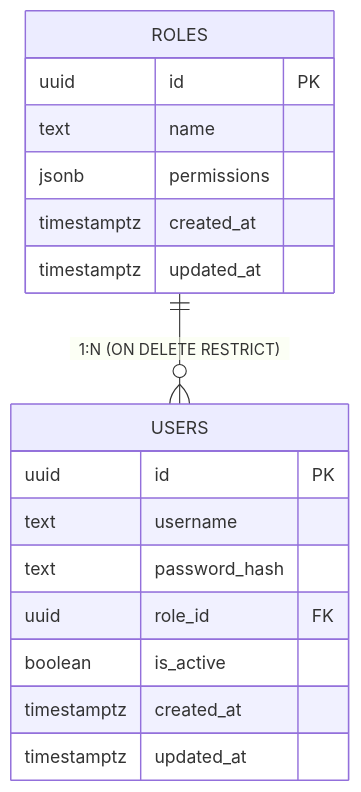
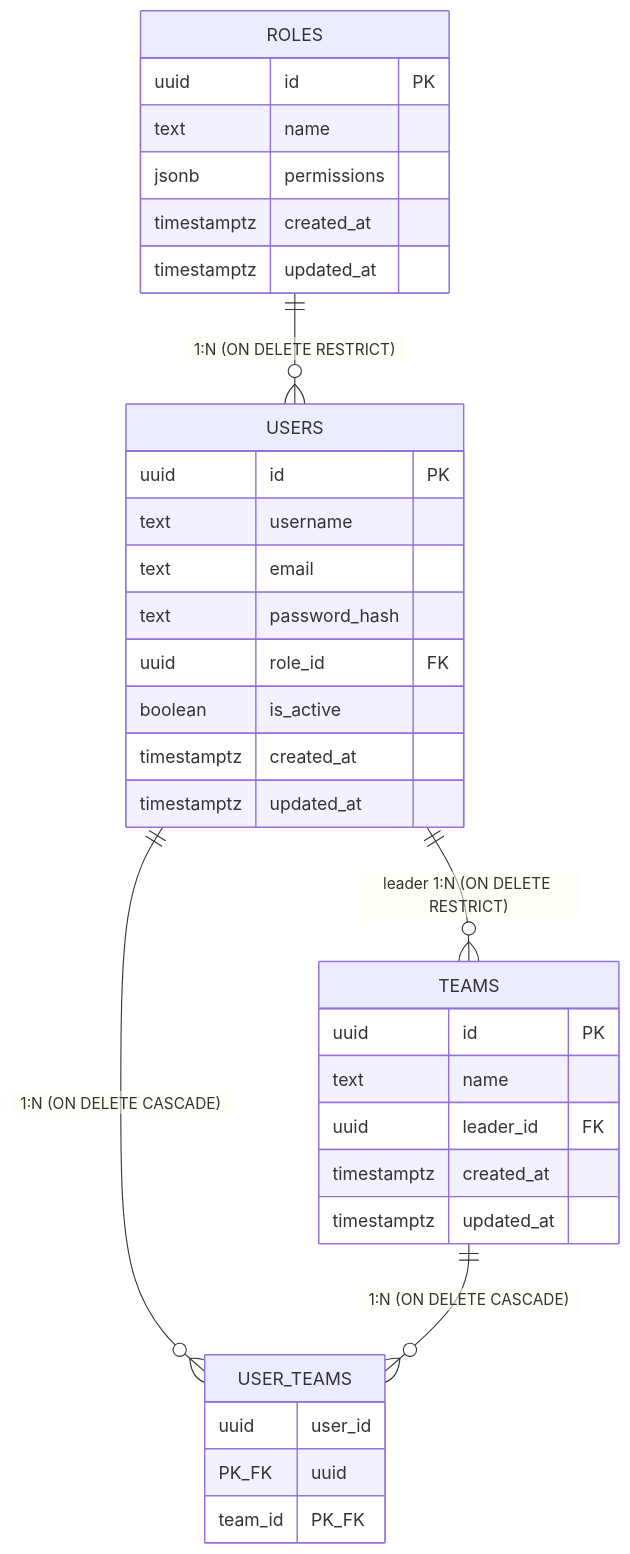
The sixth of 6 diagrams in docs/03-data-model.md (eliseiv/broad-crm), drawn with Mermaid before and after one commit. The commit also changed other lines of this file and 49 other files, not shown here.

First line of the commit message:
feat(teams): CRM-команды + email пользователя + матрица roles/teams (ADR-022, Спринт A)

````diff
--- a/docs/03-data-model.md
+++ b/docs/03-data-model.md
@@ -434,20 +434,35 @@
 ```mermaid
 erDiagram
     ROLES {
         uuid id PK
         text name
         jsonb permissions
         timestamptz created_at
         timestamptz updated_at
     }
     USERS {
         uuid id PK
         text username
+        text email
         text password_hash
         uuid role_id FK
         boolean is_active
         timestamptz created_at
         timestamptz updated_at
     }
+    TEAMS {
+        uuid id PK
+        text name
+        uuid leader_id FK
+        timestamptz created_at
+        timestamptz updated_at
+    }
+    USER_TEAMS {
+        uuid user_id PK_FK
+        uuid team_id PK_FK
+    }
     ROLES ||--o{ USERS : "1:N (ON DELETE RESTRICT)"
+    USERS ||--o{ TEAMS : "leader 1:N (ON DELETE RESTRICT)"
+    USERS ||--o{ USER_TEAMS : "1:N (ON DELETE CASCADE)"
+    TEAMS ||--o{ USER_TEAMS : "1:N (ON DELETE CASCADE)"
 ```
````
